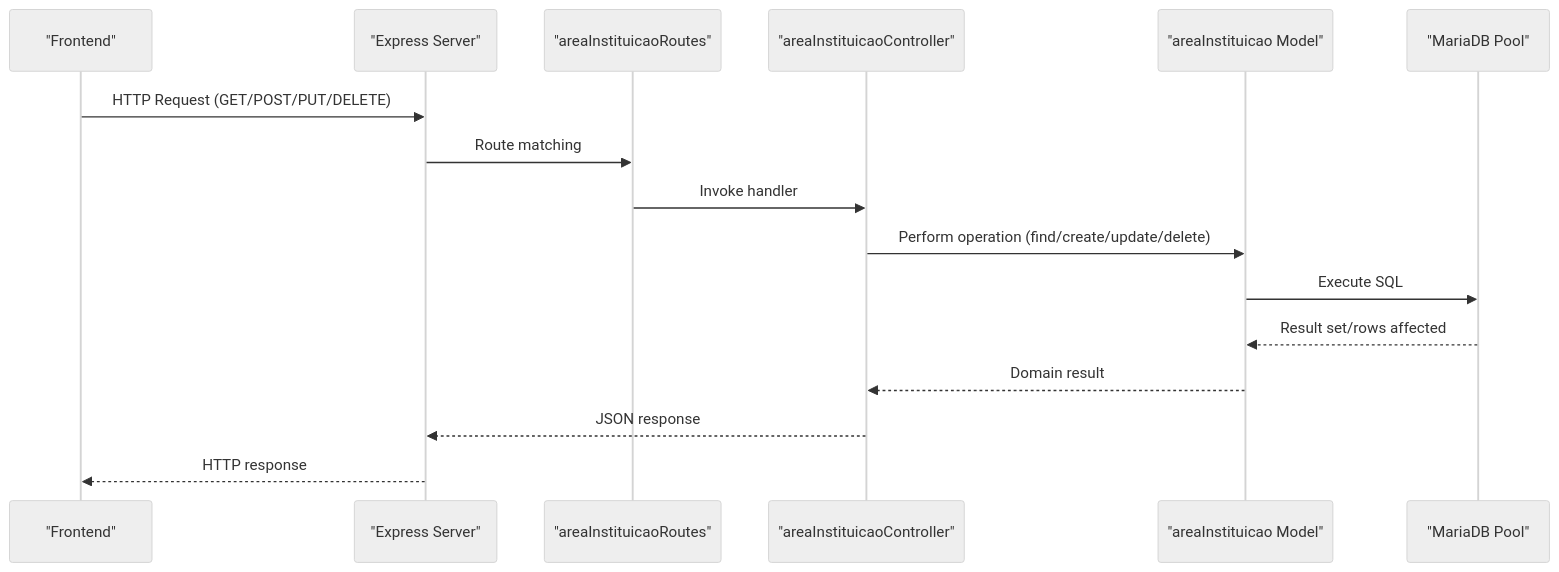
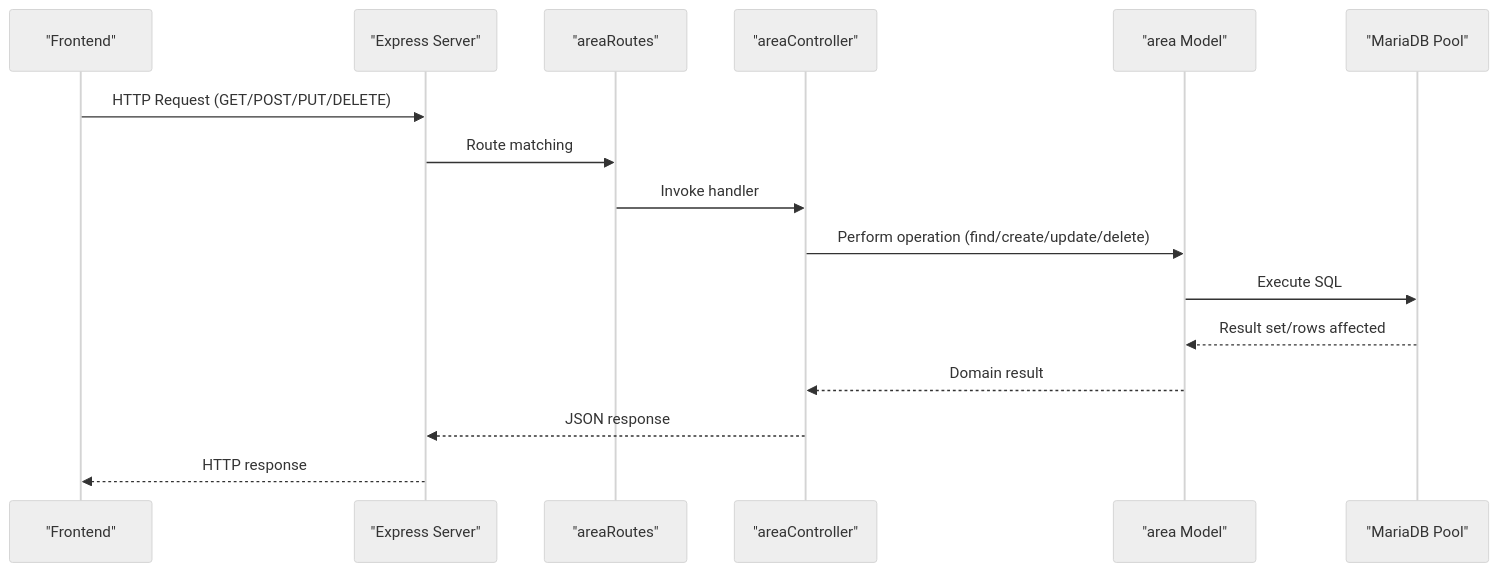
The second of 6 diagrams in .qoder/repowiki/en/content/Core Features Implementation/Institutional Management.md (luiseduacosta/nodemural), drawn with Mermaid (neutral theme) before and after one commit. The commit also changed other lines of this file and 25 other files, not shown here.

````diff
--- a/.qoder/repowiki/en/content/Core Features Implementation/Institutional Management.md
+++ b/.qoder/repowiki/en/content/Core Features Implementation/Institutional Management.md
@@ -118,18 +118,18 @@
 ```mermaid
 sequenceDiagram
 participant FE as "Frontend"
 participant SRV as "Express Server"
-participant RT as "areaInstituicaoRoutes"
-participant CTL as "areaInstituicaoController"
-participant MDL as "areaInstituicao Model"
+participant RT as "areaRoutes"
+participant CTL as "areaController"
+participant MDL as "area Model"
 participant DB as "MariaDB Pool"
 FE->>SRV : HTTP Request (GET/POST/PUT/DELETE)
 SRV->>RT : Route matching
 RT->>CTL : Invoke handler
 CTL->>MDL : Perform operation (find/create/update/delete)
 MDL->>DB : Execute SQL
 DB-->>MDL : Result set/rows affected
 MDL-->>CTL : Domain result
 CTL-->>SRV : JSON response
 SRV-->>FE : HTTP response
 ```
````
